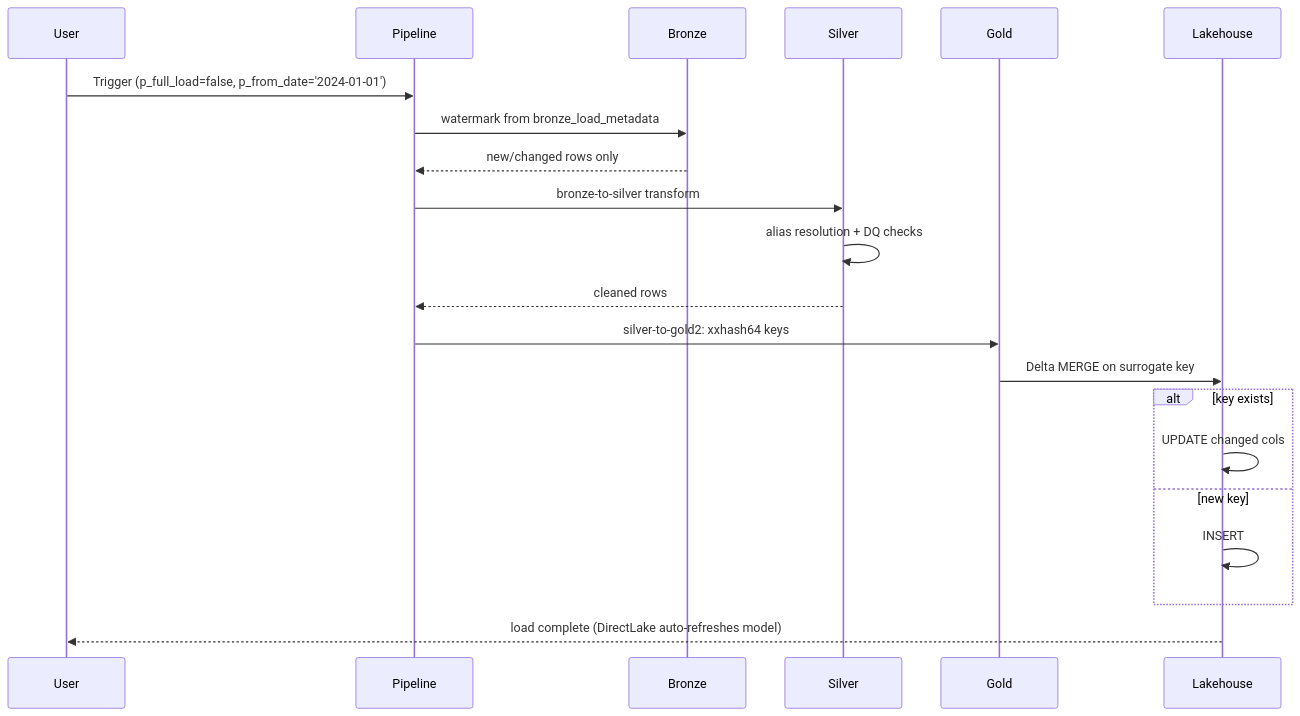
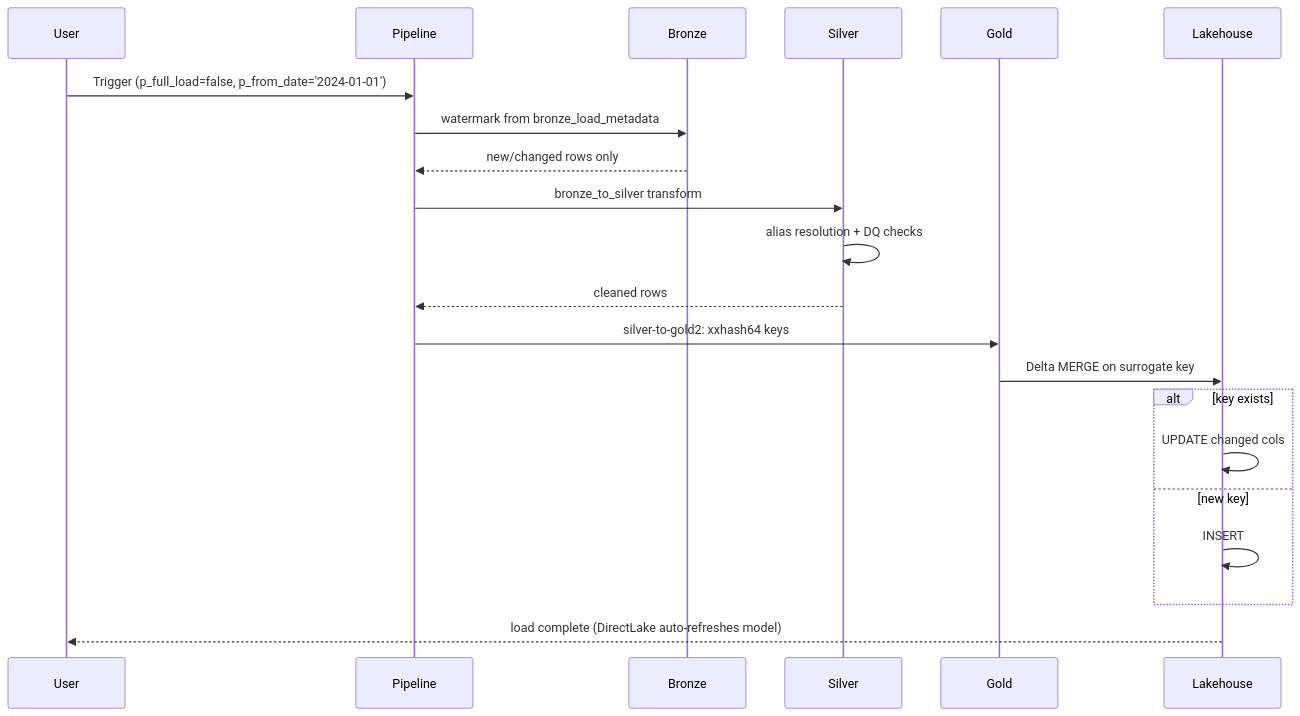
Before and after one commit to erikemilsson/OEMMatInsightBI: the third of 4 diagrams in docs/architecture/data-flow-diagram.md, drawn with Mermaid. The commit also changed other lines of this file and 29 other files, not shown here.

First line of the commit message:
cleanup(phase-5): repo lockstep for notebook rename bronze-to-silver → bronze_to_silver

````diff
--- a/docs/architecture/data-flow-diagram.md
+++ b/docs/architecture/data-flow-diagram.md
@@ -115,24 +115,24 @@
 ```mermaid
 sequenceDiagram
     participant User
     participant Pipeline
     participant Bronze
     participant Silver
     participant Gold
     participant Lakehouse
 
     User->>Pipeline: Trigger (p_full_load=false, p_from_date='2024-01-01')
     Pipeline->>Bronze: watermark from bronze_load_metadata
     Bronze-->>Pipeline: new/changed rows only
-    Pipeline->>Silver: bronze-to-silver transform
+    Pipeline->>Silver: bronze_to_silver transform
     Silver->>Silver: alias resolution + DQ checks
     Silver-->>Pipeline: cleaned rows
     Pipeline->>Gold: silver-to-gold2: xxhash64 keys
     Gold->>Lakehouse: Delta MERGE on surrogate key
     alt key exists
         Lakehouse->>Lakehouse: UPDATE changed cols
     else new key
         Lakehouse->>Lakehouse: INSERT
     end
     Lakehouse-->>User: load complete (DirectLake auto-refreshes model)
 ```
````
